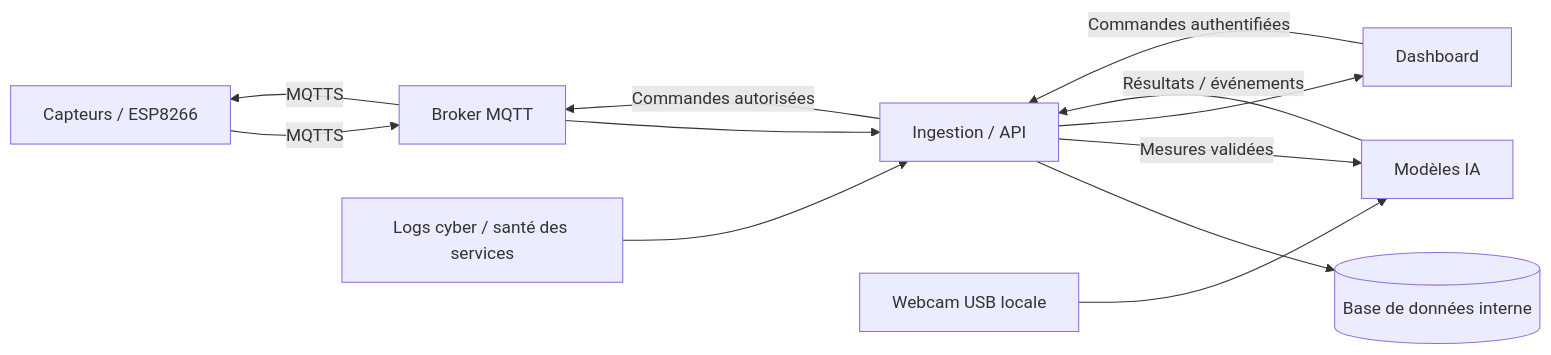
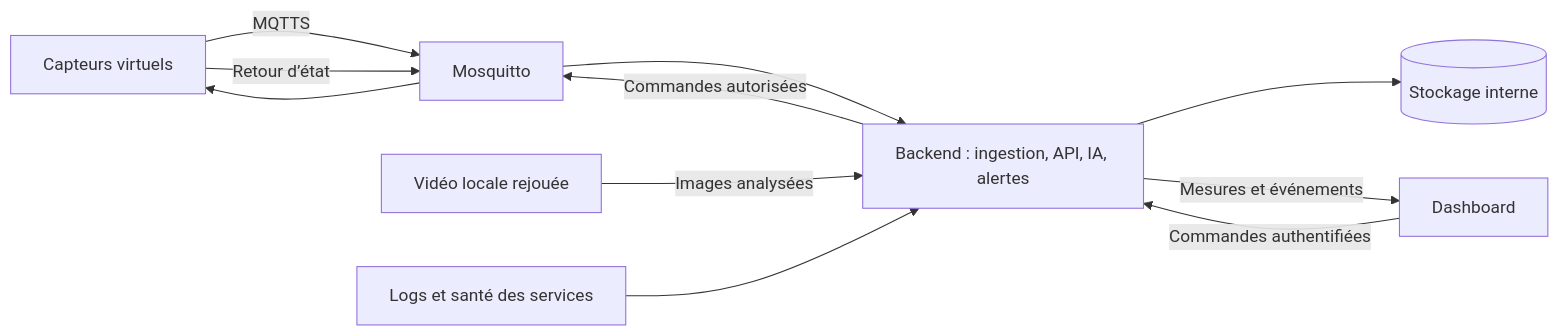
One commit to AdamSawi/Sentinel-X changed the diagram in README.md. Above: the diagram before and after it, drawn with Mermaid. The commit also changed other lines of this file and 11 other files, not shown here.

````diff
--- a/README.md
+++ b/README.md
@@ -28,14 +27,13 @@
 ```mermaid
 flowchart LR
-    IoT[Capteurs / ESP8266] -->|MQTTS| Broker[Broker MQTT]
-    Broker --> API[Ingestion / API]
-    API --> DB[(Base de données interne)]
-    API -->|Mesures validées| IA[Modèles IA]
-    Webcam[Webcam USB locale] --> IA
-    IA -->|Résultats / événements| API
-    Security[Logs cyber / santé des services] --> API
-    API --> Front[Dashboard]
-    Front -->|Commandes authentifiées| API
-    API -->|Commandes autorisées| Broker
-    Broker -->|MQTTS| IoT
+    Sim[Capteurs virtuels] -->|MQTTS| MQTT[Mosquitto]
+    MQTT --> Backend[Backend : ingestion, API, IA, alertes]
+    Video[Vidéo locale rejouée] -->|Images analysées| Backend
+    Backend --> DB[(Stockage interne)]
+    Infra[Logs et santé des services] --> Backend
+    Backend -->|Mesures et événements| Front[Dashboard]
+    Front -->|Commandes authentifiées| Backend
+    Backend -->|Commandes autorisées| MQTT
+    MQTT --> Sim
+    Sim -->|Retour d’état| MQTT
 ```
````
